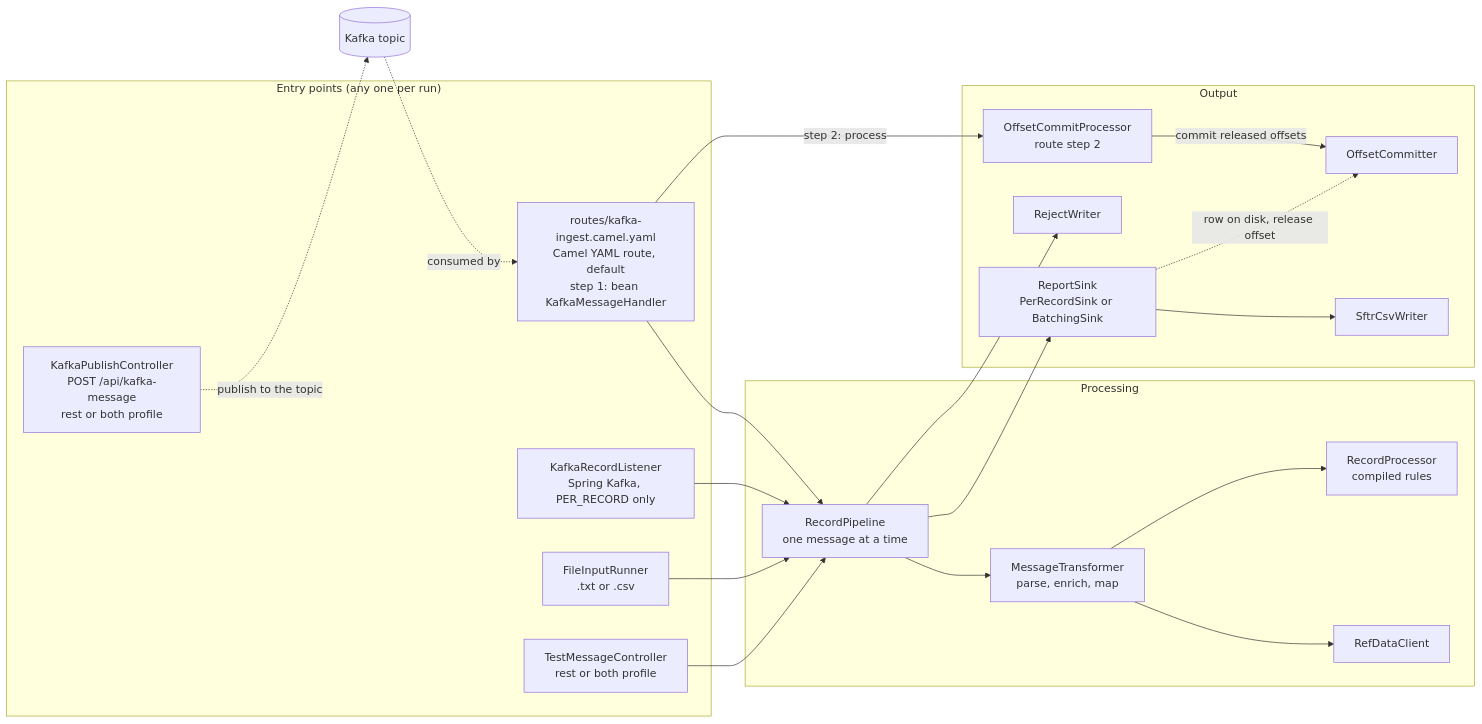
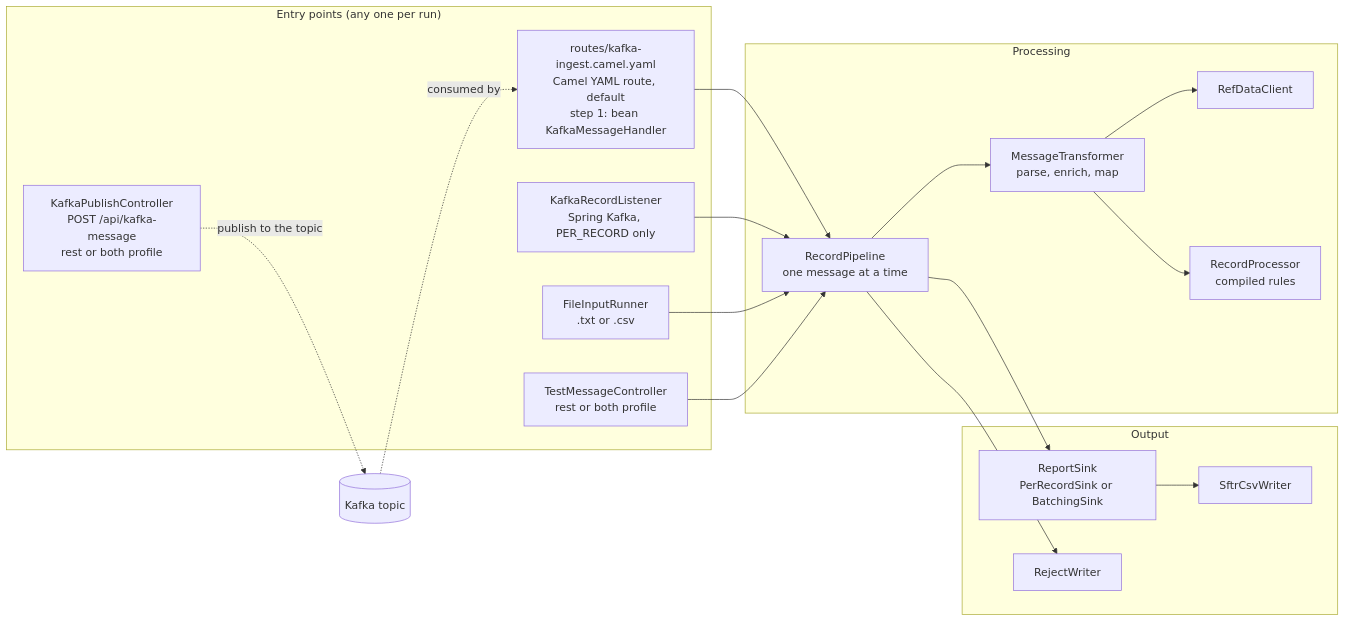
The first of 2 diagrams in docs/design-and-architecture.md (shanregs/msg-transformer), drawn with Mermaid before and after one commit. The commit also changed other lines of this file and 14 other files, not shown here.

````diff
--- a/docs/design-and-architecture.md
+++ b/docs/design-and-architecture.md
@@ -35,38 +34,33 @@
 ```mermaid
 flowchart LR
     subgraph doors["Entry points (any one per run)"]
         K["routes/kafka-ingest.camel.yaml<br/>Camel YAML route, default<br/>step 1: bean KafkaMessageHandler"]
         L["KafkaRecordListener<br/>Spring Kafka, PER_RECORD only"]
         F["FileInputRunner<br/>.txt or .csv"]
         R["TestMessageController<br/>rest or both profile"]
         KP["KafkaPublishController<br/>POST /api/kafka-message<br/>rest or both profile"]
     end
     subgraph core["Processing"]
         P["RecordPipeline<br/>one message at a time"]
         T["MessageTransformer<br/>parse, enrich, map"]
         RD["RefDataClient"]
         RP["RecordProcessor<br/>compiled rules"]
     end
     subgraph out["Output"]
         S["ReportSink<br/>PerRecordSink or BatchingSink"]
         W["SftrCsvWriter"]
         J["RejectWriter"]
-        OP["OffsetCommitProcessor<br/>route step 2"]
-        O["OffsetCommitter"]
     end
     K --> P
     L --> P
     F --> P
     R --> P
     P --> T
     T --> RD
     T --> RP
     P --> S
     P --> J
     S --> W
-    S -.->|row on disk, release offset| O
-    K -->|step 2: process| OP
-    OP -->|commit released offsets| O
     KP -.->|publish to the topic| KT[("Kafka topic")]
     KT -.->|consumed by| K
 ```
````
